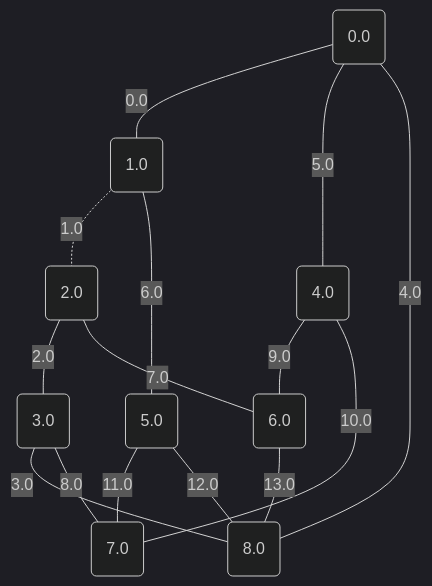
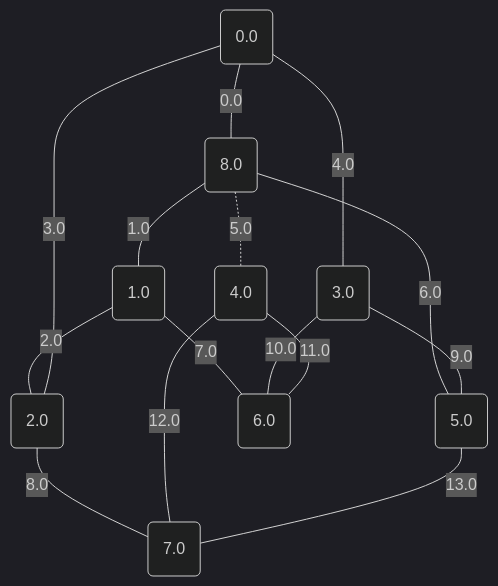
One commit to metury/graphs changed the fourth of 17 diagrams in project/src/testing/showcase/minCutPetersen.md. Above: the diagram before and after it, drawn with Mermaid (dark theme). The commit also changed other lines of this file and 34 other files, not shown here.

````diff
--- a/project/src/testing/showcase/minCutPetersen.md
+++ b/project/src/testing/showcase/minCutPetersen.md
@@ -106,26 +106,26 @@
 ```mermaid
 graph TD;
 	0("0.0");
 	1("1.0");
 	2("2.0");
 	3("3.0");
 	4("4.0");
 	5("5.0");
 	6("6.0");
 	7("7.0");
 	8("8.0");
-	0 -- "0.0" --- 1;
-	1 -. "1.0" -.- 2;
-	2 -- "2.0" --- 3;
-	3 -- "3.0" --- 8;
-	8 -- "4.0" --- 0;
-	0 -- "5.0" --- 4;
-	1 -- "6.0" --- 5;
-	2 -- "7.0" --- 6;
-	3 -- "8.0" --- 7;
-	4 -- "9.0" --- 6;
-	4 -- "10.0" --- 7;
-	5 -- "11.0" --- 7;
-	5 -- "12.0" --- 8;
-	6 -- "13.0" --- 8;
+	0 -- "0.0" --- 8;
+	8 -- "1.0" --- 1;
+	1 -- "2.0" --- 2;
+	2 -- "3.0" --- 0;
+	0 -- "4.0" --- 3;
+	8 -. "5.0" -.- 4;
+	8 -- "6.0" --- 5;
+	1 -- "7.0" --- 6;
+	2 -- "8.0" --- 7;
+	3 -- "9.0" --- 5;
+	3 -- "10.0" --- 6;
+	4 -- "11.0" --- 6;
+	4 -- "12.0" --- 7;
+	5 -- "13.0" --- 7;
 ```
````
